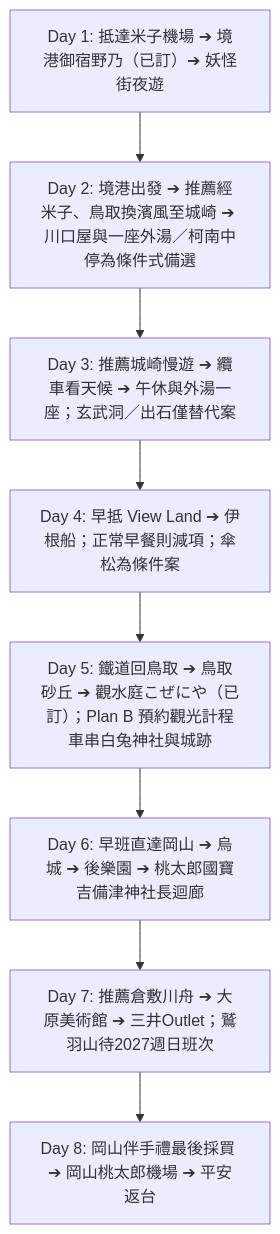
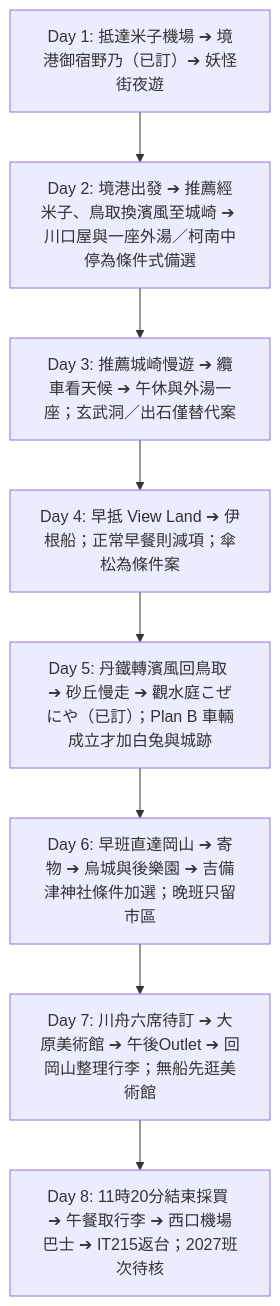
The diagram in README.md (iamkeith001/sanin-trip-2027), drawn with Mermaid before and after one commit. The commit also changed 5 other files, not shown here.

````diff
--- a/README.md
+++ b/README.md
@@ -38,10 +38,10 @@
 ```mermaid
 graph TD
     Day1[Day 1: 抵達米子機場 ➔ 境港御宿野乃（已訂）➔ 妖怪街夜遊] --> Day2[Day 2: 境港出發 ➔ 推薦經米子、鳥取換濱風至城崎 ➔ 川口屋與一座外湯／柯南中停為條件式備選]
     Day2 --> Day3[Day 3: 推薦城崎慢遊 ➔ 纜車看天候 ➔ 午休與外湯一座；玄武洞／出石僅替代案]
     Day3 --> Day4[Day 4: 早抵 View Land ➔ 伊根船；正常早餐則減項；傘松為條件案]
-    Day4 --> Day5[Day 5: 鐵道回鳥取 ➔ 鳥取砂丘 ➔ 觀水庭こぜにや（已訂）；Plan B 預約觀光計程車串白兔神社與城跡]
-    Day5 --> Day6[Day 6: 早班直達岡山 ➔ 烏城 ➔ 後樂園 ➔ 桃太郎國寶吉備津神社長迴廊]
-    Day6 --> Day7[Day 7: 推薦倉敷川舟 ➔ 大原美術館 ➔ 三井Outlet；鷲羽山待2027週日班次]
-    Day7 --> Day8[Day 8: 岡山伴手禮最後採買 ➔ 岡山桃太郎機場 ➔ 平安返台]
+    Day4 --> Day5[Day 5: 丹鐵轉濱風回鳥取 ➔ 砂丘慢走 ➔ 觀水庭こぜにや（已訂）；Plan B 車輛成立才加白兔與城跡]
+    Day5 --> Day6[Day 6: 早班直達岡山 ➔ 寄物 ➔ 烏城與後樂園 ➔ 吉備津神社條件加選；晚班只留市區]
+    Day6 --> Day7[Day 7: 川舟六席待訂 ➔ 大原美術館 ➔ 午後Outlet ➔ 回岡山整理行李；無船先逛美術館]
+    Day7 --> Day8[Day 8: 11時20分結束採買 ➔ 午餐取行李 ➔ 西口機場巴士 ➔ IT215返台；2027班次待核]
 ```
````
